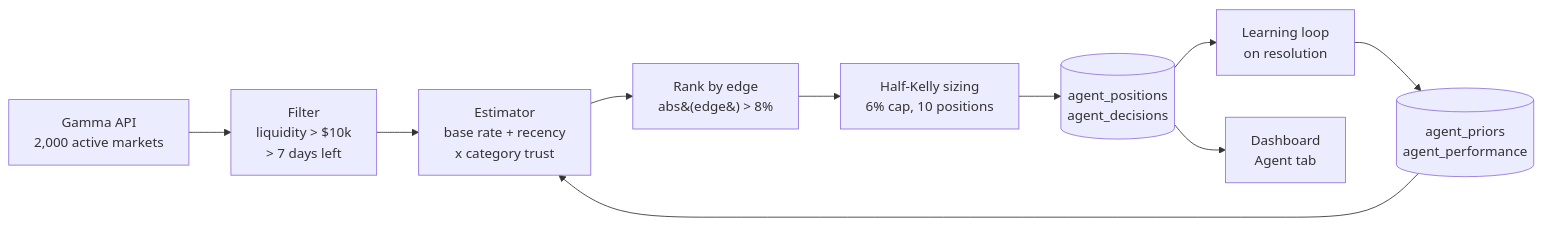
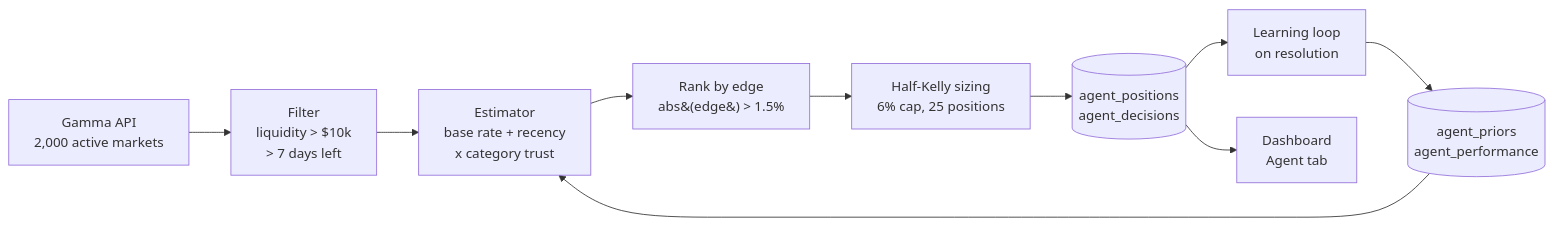
Before and after one commit to JayZhangDev/PolyBot: the third of 3 diagrams in README.md, drawn with Mermaid. The commit also changed other lines of this file and 21 other files, not shown here.

First line of the commit message:
Phase 9: README front page, calibration chart and a formatted codebase

````diff
--- a/README.md
+++ b/README.md
@@ -104,12 +219,12 @@
 ```mermaid
 flowchart LR
     A[Gamma API<br/>2,000 active markets] --> F[Filter<br/>liquidity > $10k<br/>> 7 days left]
     F --> E[Estimator<br/>base rate + recency<br/>x category trust]
-    E --> R[Rank by edge<br/>abs&#40;edge&#41; > 8%]
-    R --> K[Half-Kelly sizing<br/>6% cap, 10 positions]
+    E --> R[Rank by edge<br/>abs&#40;edge&#41; > 1.5%]
+    R --> K[Half-Kelly sizing<br/>6% cap, 25 positions]
     K --> X[(agent_positions<br/>agent_decisions)]
     X --> L[Learning loop<br/>on resolution]
     L --> P[(agent_priors<br/>agent_performance)]
     P --> E
     X --> D[Dashboard<br/>Agent tab]
 ```
````
